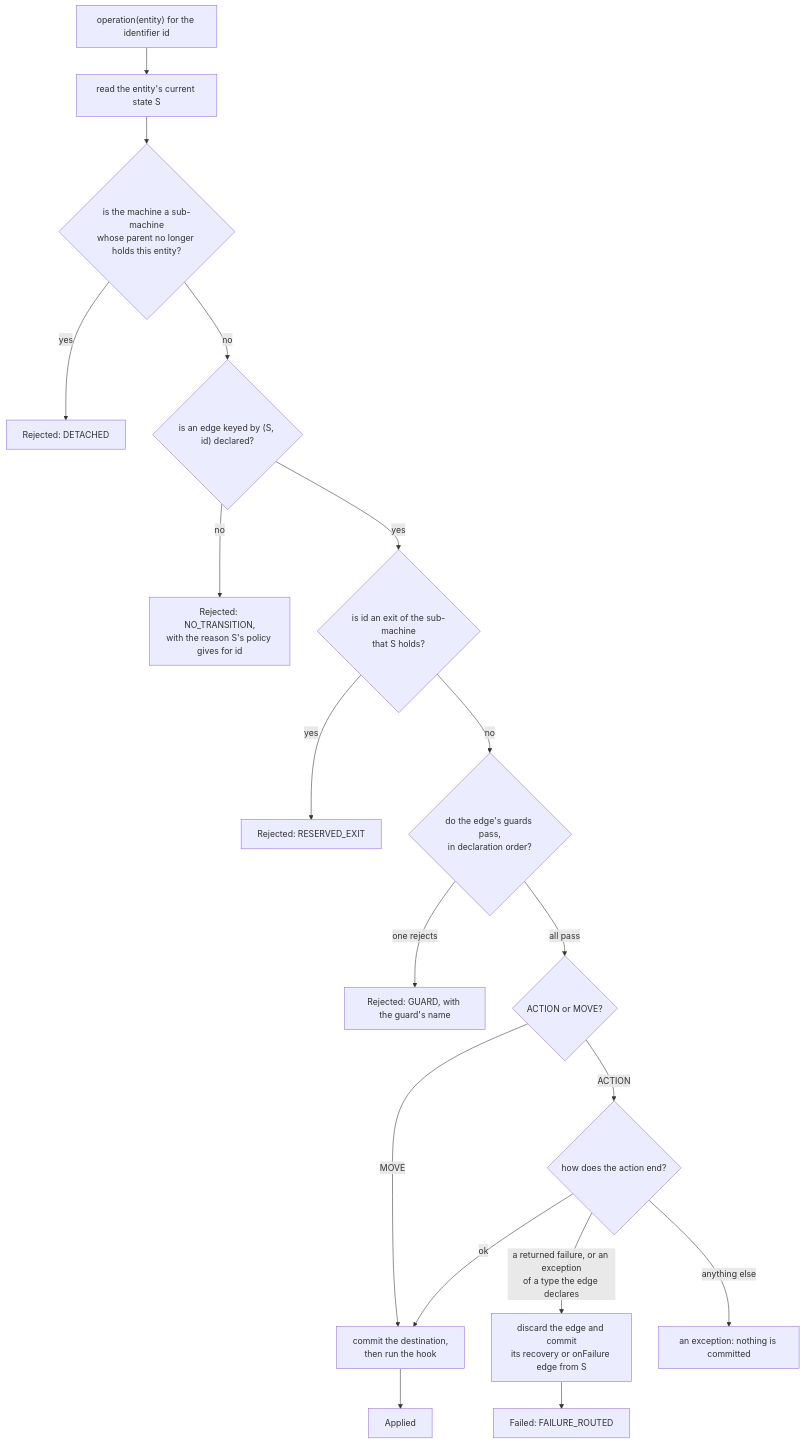
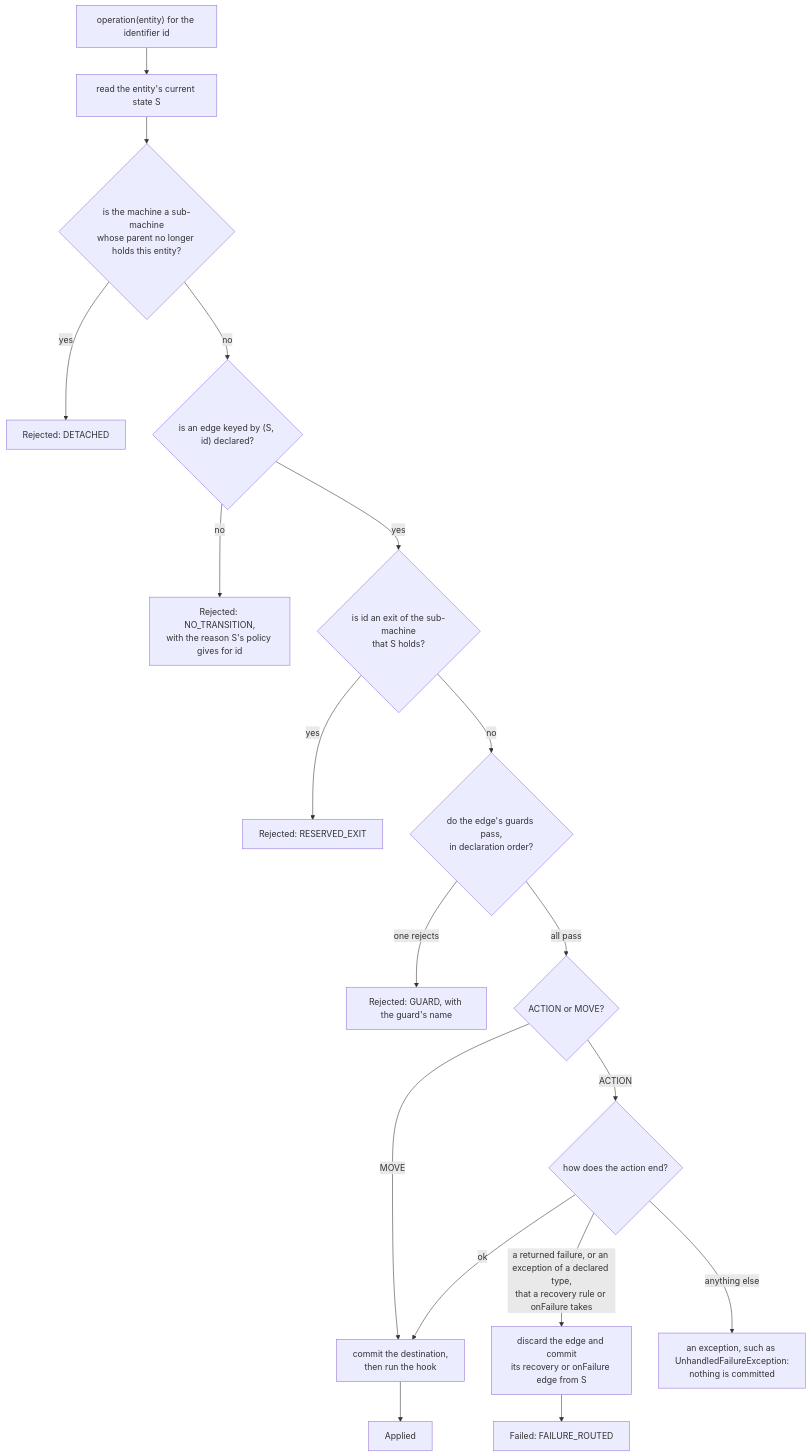
Before and after one commit to graphmaquina/graphmaquina: the diagram in docs/graph-model.md, drawn with Mermaid. The commit also changed other lines of this file and 15 other files, not shown here.

````diff
--- a/docs/graph-model.md
+++ b/docs/graph-model.md
@@ -45,20 +45,20 @@
 ```mermaid
 flowchart TD
     request["operation(entity) for the identifier id"] --> read["read the entity's current state S"]
     read --> bound{"is the machine a sub-machine<br/>whose parent no longer holds this entity?"}
     bound -- yes --> detached["Rejected: DETACHED"]
     bound -- no --> edge{"is an edge keyed by (S, id) declared?"}
     edge -- no --> policy["Rejected: NO_TRANSITION,<br/>with the reason S's policy gives for id"]
     edge -- yes --> reserved{"is id an exit of the sub-machine<br/>that S holds?"}
     reserved -- yes --> exit["Rejected: RESERVED_EXIT"]
     reserved -- no --> guards{"do the edge's guards pass,<br/>in declaration order?"}
     guards -- "one rejects" --> guard["Rejected: GUARD, with the guard's name"]
     guards -- "all pass" --> kind{"ACTION or MOVE?"}
     kind -- MOVE --> commit["commit the destination,<br/>then run the hook"]
     kind -- ACTION --> action{"how does the action end?"}
     action -- ok --> commit
-    action -- "a returned failure, or an exception<br/>of a type the edge declares" --> route["discard the edge and commit<br/>its recovery or onFailure edge from S"]
-    action -- "anything else" --> abort["an exception: nothing is committed"]
+    action -- "a returned failure, or an exception of a declared type,<br/>that a recovery rule or onFailure takes" --> route["discard the edge and commit<br/>its recovery or onFailure edge from S"]
+    action -- "anything else" --> abort["an exception, such as UnhandledFailureException:<br/>nothing is committed"]
     commit --> applied["Applied"]
     route --> failed["Failed: FAILURE_ROUTED"]
 ```
````
